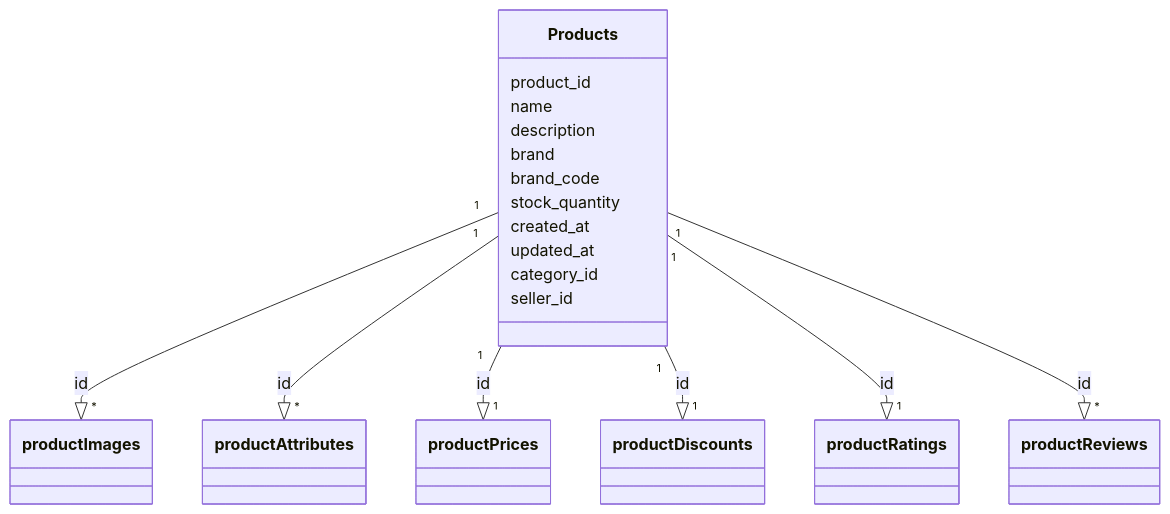
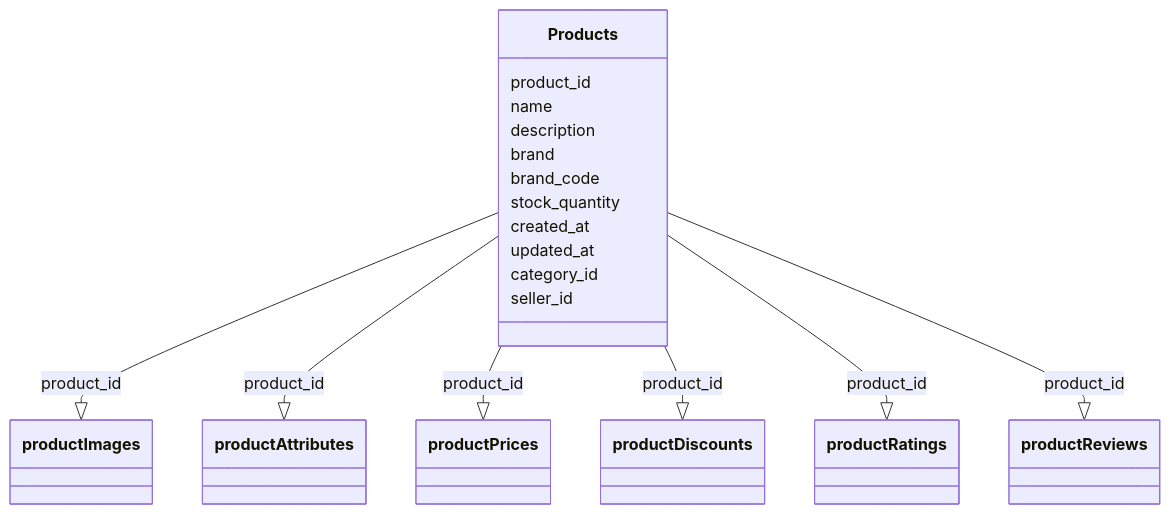
Before and after one commit to WadimSh/cms.werstack: the diagram in README.md, drawn with Mermaid.

````diff
--- a/README.md
+++ b/README.md
@@ -7,23 +7,23 @@
 ```mermaid
 classDiagram
 class Products {
   product_id
   name
   description
   brand
   brand_code
   stock_quantity
   created_at
   updated_at
   category_id
   seller_id
 }
 
-Products "1" --|> "*" productImages : id
-Products "1" --|> "*" productAttributes : id
-Products "1" --|> "1" productPrices : id
-Products "1" --|> "1" productDiscounts : id
-Products "1" --|> "1" productRatings : id
-Products "1" --|> "*" productReviews : id
+Products --|> productImages : product_id
+Products --|> productAttributes : product_id
+Products --|> productPrices : product_id
+Products --|> productDiscounts : product_id
+Products --|> productRatings : product_id
+Products --|> productReviews : product_id
      
 ```
````
